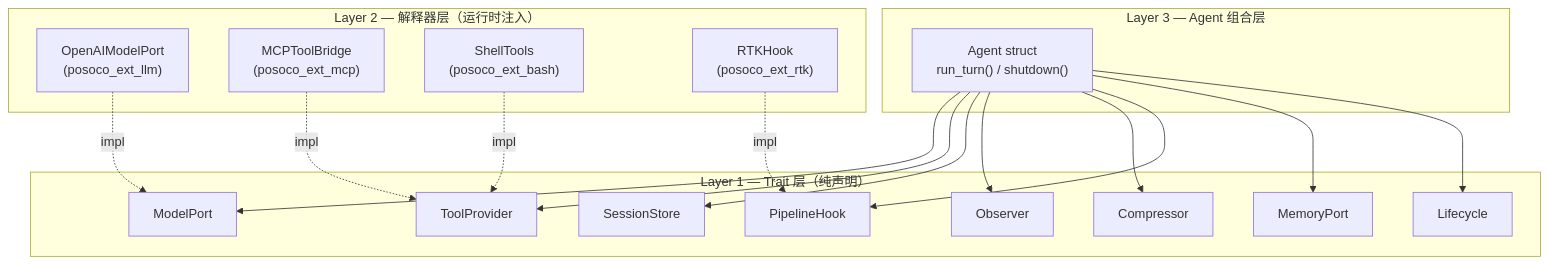
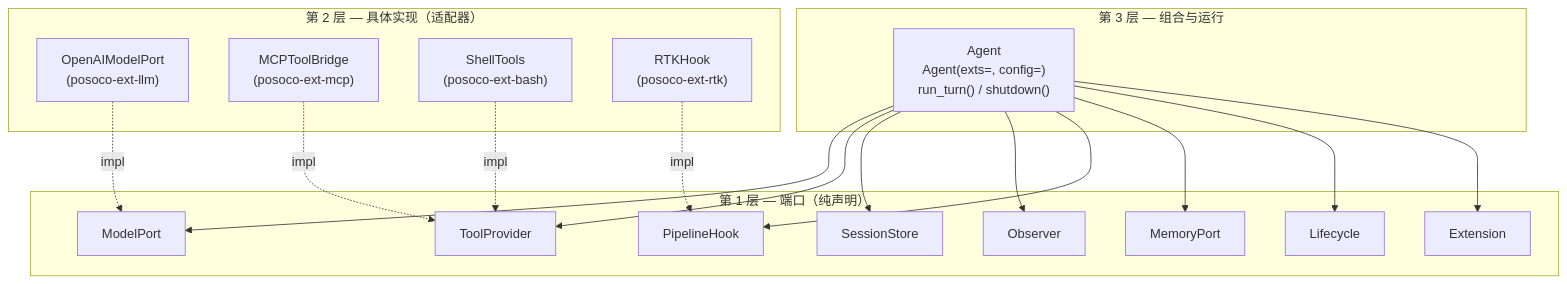
Before and after one commit to colmugx/posoco: the first of 5 diagrams in docs/02-architecture.md, drawn with Mermaid. The commit also changed other lines of this file and 4 other files, not shown here.

Commit message:
docs: update documentation for new architecture and API changes

````diff
--- a/docs/02-architecture.md
+++ b/docs/02-architecture.md
@@ -17,31 +25,31 @@
 ```mermaid
 graph TD
-  subgraph "Layer 3 — Agent 组合层"
-    Agent["Agent struct<br/>run_turn() / shutdown()"]
+  subgraph "第 3 层 — 组合与运行"
+    Agent["Agent<br/>Agent(exts=, config=)<br/>run_turn() / shutdown()"]
   end
 
-  subgraph "Layer 2 — 解释器层（运行时注入）"
-    OAI["OpenAIModelPort<br/>(posoco_ext_llm)"]
-    MCP["MCPToolBridge<br/>(posoco_ext_mcp)"]
-    SHELL["ShellTools<br/>(posoco_ext_bash)"]
-    RTK["RTKHook<br/>(posoco_ext_rtk)"]
+  subgraph "第 2 层 — 具体实现（适配器）"
+    OAI["OpenAIModelPort<br/>(posoco-ext-llm)"]
+    MCP["MCPToolBridge<br/>(posoco-ext-mcp)"]
+    SHELL["ShellTools<br/>(posoco-ext-bash)"]
+    RTK["RTKHook<br/>(posoco-ext-rtk)"]
   end
 
-  subgraph "Layer 1 — Trait 层（纯声明）"
+  subgraph "第 1 层 — 端口（纯声明）"
     MP["ModelPort"]
     TP["ToolProvider"]
     SS["SessionStore"]
     OB["Observer"]
-    CO["Compressor"]
-    PH["PipelineHook"]
+    HK["PipelineHook"]
     ME["MemoryPort"]
     LC["Lifecycle"]
+    EX["Extension"]
   end
 
-  Agent --> MP & TP & SS & OB & CO & PH & ME & LC
+  Agent --> MP & TP & SS & OB & HK & ME & LC & EX
 
   OAI -.->|impl| MP
   MCP -.->|impl| TP
   SHELL -.->|impl| TP
-  RTK -.->|impl| PH
+  RTK -.->|impl| HK
 ```
````
